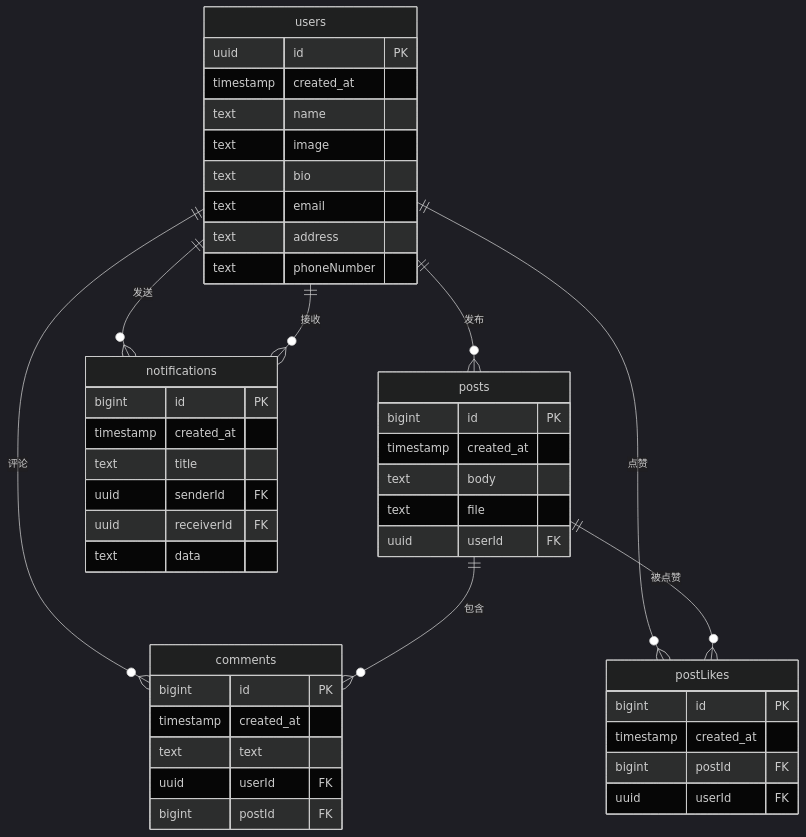
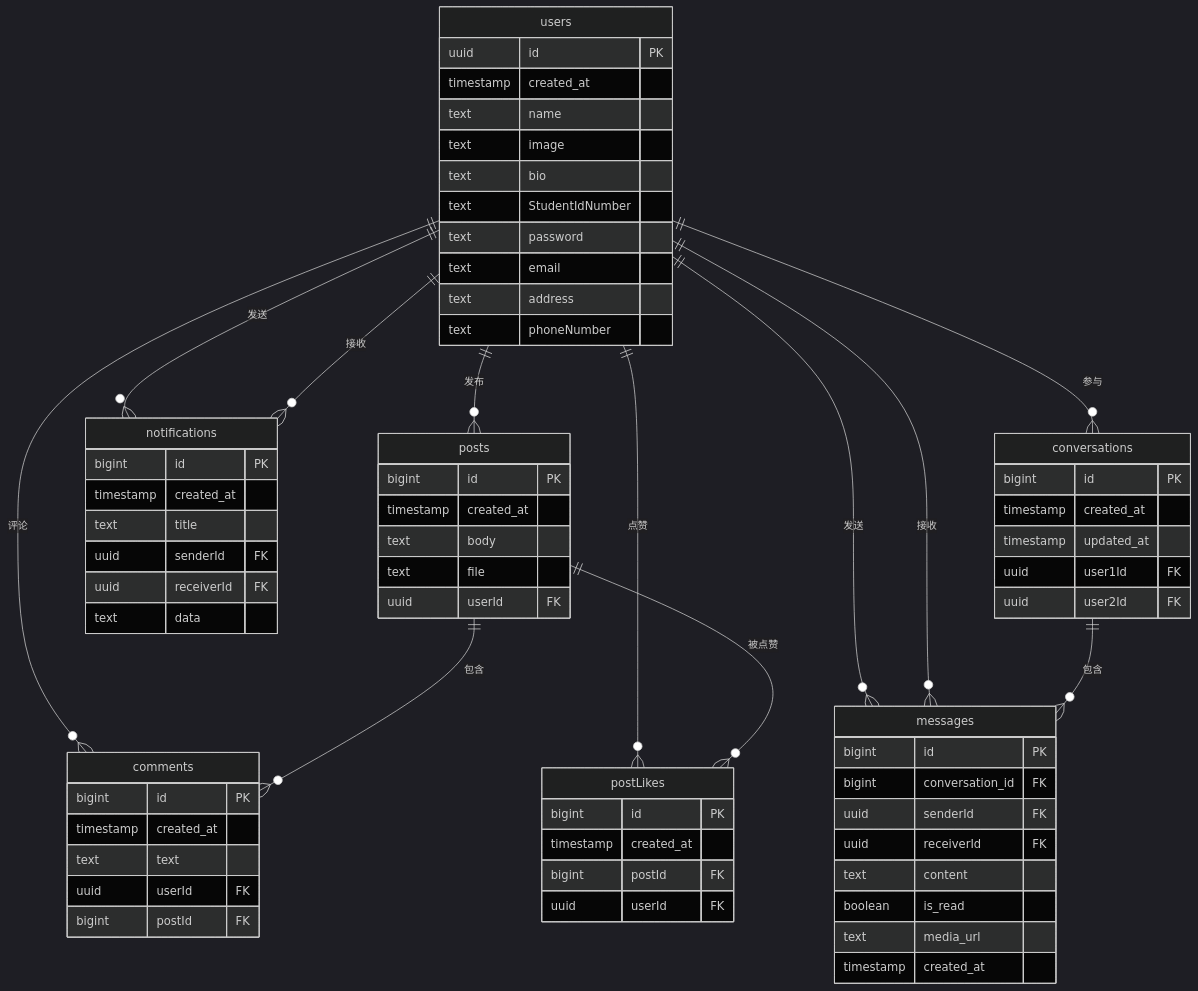
The diagram in er-diagram.md (zhaojingnan040813/React-native-social-media), drawn with Mermaid (dark theme) before and after one commit. The commit also changed other lines of this file and 6 other files, not shown here.

````diff
--- a/er-diagram.md
+++ b/er-diagram.md
@@ -3,53 +3,78 @@
 ```mermaid
 erDiagram
     users ||--o{ posts : "发布"
     users ||--o{ comments : "评论"
     users ||--o{ postLikes : "点赞"
     users ||--o{ notifications : "发送"
     users ||--o{ notifications : "接收"
     posts ||--o{ comments : "包含"
     posts ||--o{ postLikes : "被点赞"
+    users ||--o{ conversations : "参与"
+    users ||--o{ messages : "发送"
+    users ||--o{ messages : "接收"
+    conversations ||--o{ messages : "包含"
 
     users {
         uuid id PK
         timestamp created_at
         text name
         text image
         text bio
+        text StudentIdNumber
+        text password
         text email
         text address
         text phoneNumber
     }
 
     posts {
         bigint id PK
         timestamp created_at
         text body
         text file
         uuid userId FK
     }
 
     comments {
         bigint id PK
         timestamp created_at
         text text
         uuid userId FK
         bigint postId FK
     }
 
     postLikes {
         bigint id PK
         timestamp created_at
         bigint postId FK
         uuid userId FK
     }
 
     notifications {
         bigint id PK
         timestamp created_at
         text title
         uuid senderId FK
         uuid receiverId FK
         text data
     }
+    
+    conversations {
+        bigint id PK
+        timestamp created_at
+        timestamp updated_at
+        uuid user1Id FK
+        uuid user2Id FK
+    }
+    
+    messages {
+        bigint id PK
+        bigint conversation_id FK
+        uuid senderId FK
+        uuid receiverId FK
+        text content
+        boolean is_read
+        text media_url
+        timestamp created_at
+    }
 ```
````
